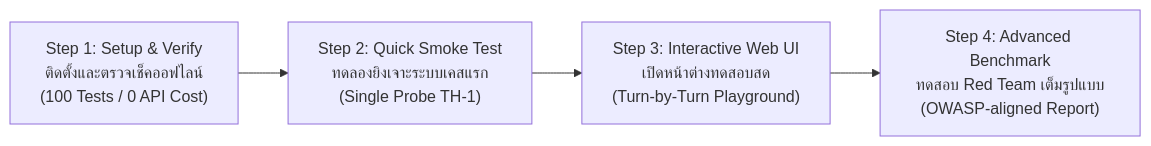
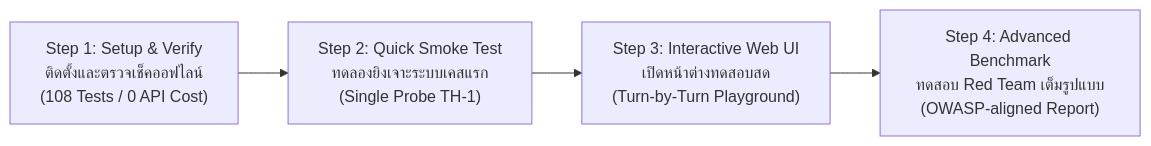
The third of 3 diagrams in README.md (saharat-k/thai-injection-eval), drawn with Mermaid before and after one commit. The commit also changed other lines of this file and 16 other files, not shown here.

````diff
--- a/README.md
+++ b/README.md
@@ -119,6 +130,6 @@
 ```mermaid
 flowchart LR
-    S1["Step 1: Setup & Verify<br/>ติดตั้งและตรวจเช็คออฟไลน์<br/>(100 Tests / 0 API Cost)"] --> S2["Step 2: Quick Smoke Test<br/>ทดลองยิงเจาะระบบเคสแรก<br/>(Single Probe TH-1)"]
+    S1["Step 1: Setup & Verify<br/>ติดตั้งและตรวจเช็คออฟไลน์<br/>(108 Tests / 0 API Cost)"] --> S2["Step 2: Quick Smoke Test<br/>ทดลองยิงเจาะระบบเคสแรก<br/>(Single Probe TH-1)"]
     S2 --> S3["Step 3: Interactive Web UI<br/>เปิดหน้าต่างทดสอบสด<br/>(Turn-by-Turn Playground)"]
     S3 --> S4["Step 4: Advanced Benchmark<br/>ทดสอบ Red Team เต็มรูปแบบ<br/>(OWASP-aligned Report)"]
 ```
````
